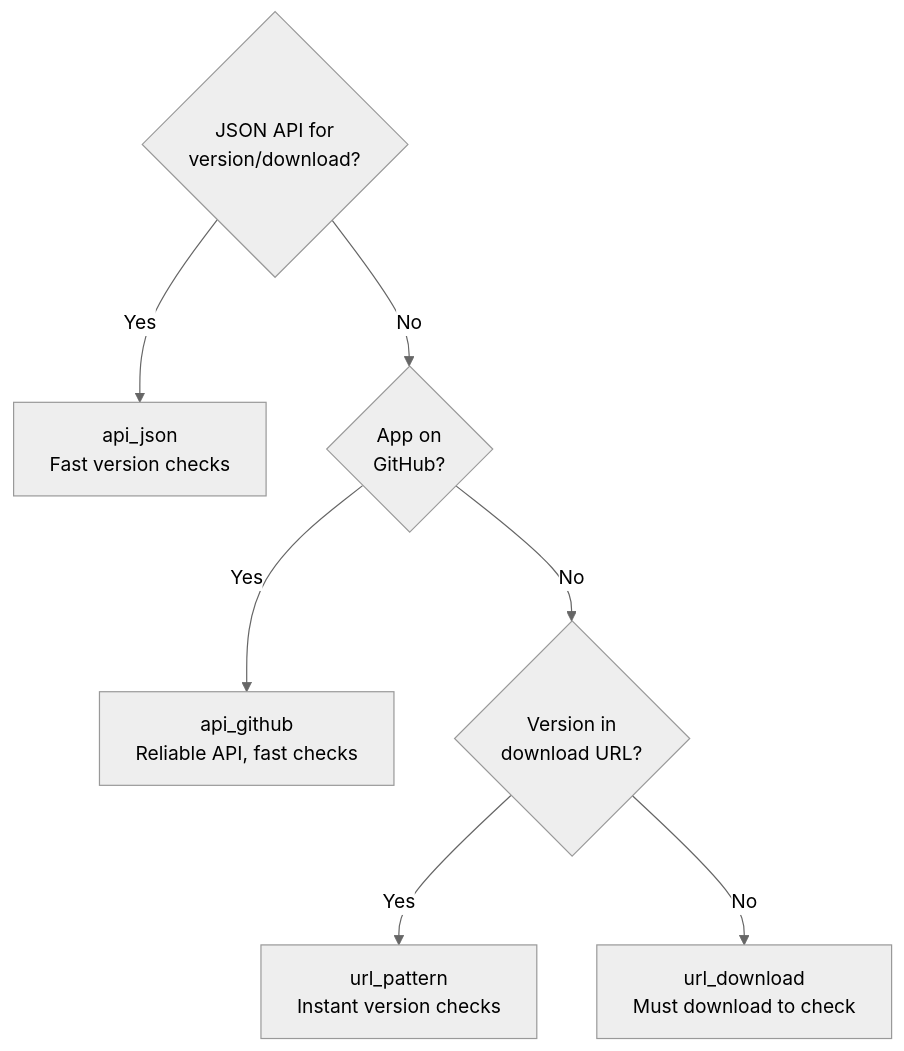
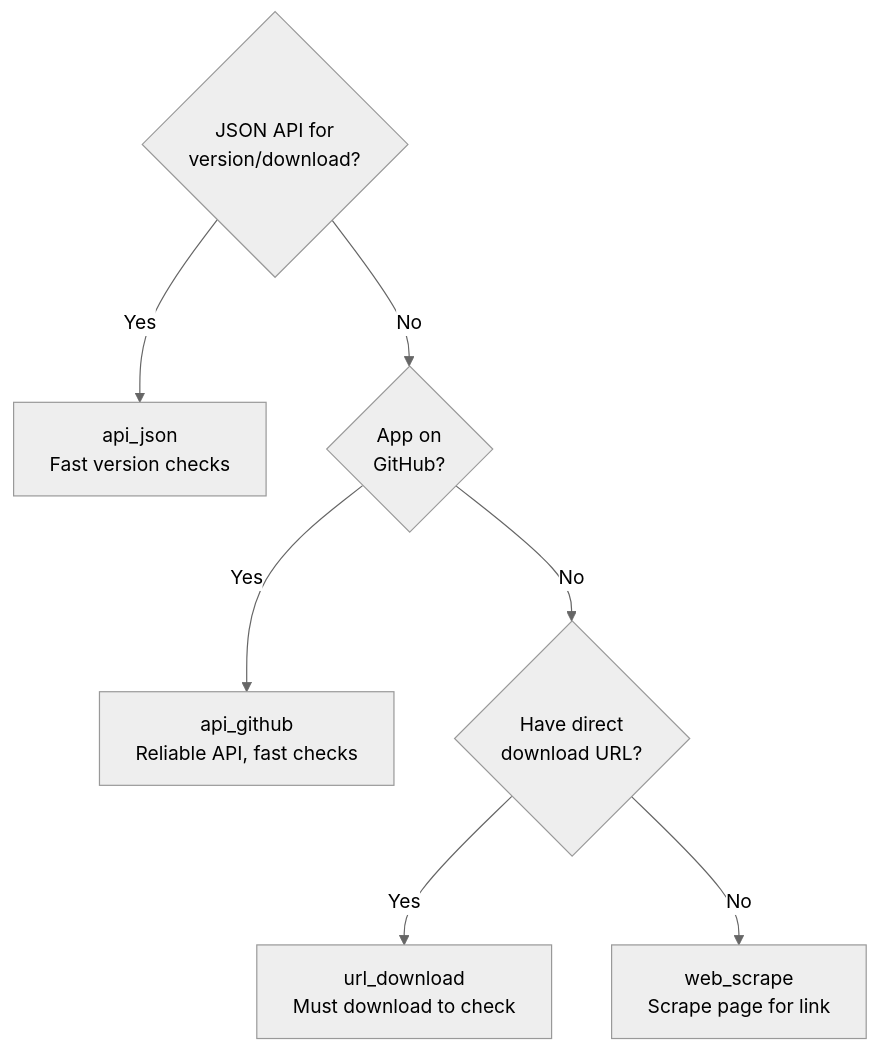
Before and after one commit to RogerCibrian/notapkgtool: the first of 3 diagrams in docs/user-guide.md, drawn with Mermaid (neutral theme). The commit also changed other lines of this file and 18 other files, not shown here.

First line of the commit message:
feat!: add web_scrape strategy and remove url_pattern (#16)

````diff
--- a/docs/user-guide.md
+++ b/docs/user-guide.md
@@ -216,10 +219,10 @@
 ```mermaid
 flowchart TD
     Start{JSON API for<br/>version/download?}
     Start -->|Yes| JSON[api_json<br/>Fast version checks]
     Start -->|No| GitHub{App on<br/>GitHub?}
     GitHub -->|Yes| GHRelease[api_github<br/>Reliable API, fast checks]
-    GitHub -->|No| URLVersion{Version in<br/>download URL?}
-    URLVersion -->|Yes| Regex[url_pattern<br/>Instant version checks]
-    URLVersion -->|No| Static[url_download<br/>Must download to check]
+    GitHub -->|No| DirectURL{Have direct<br/>download URL?}
+    DirectURL -->|Yes| Static[url_download<br/>Must download to check]
+    DirectURL -->|No| Scrape[web_scrape<br/>Scrape page for link]
 ```
````
